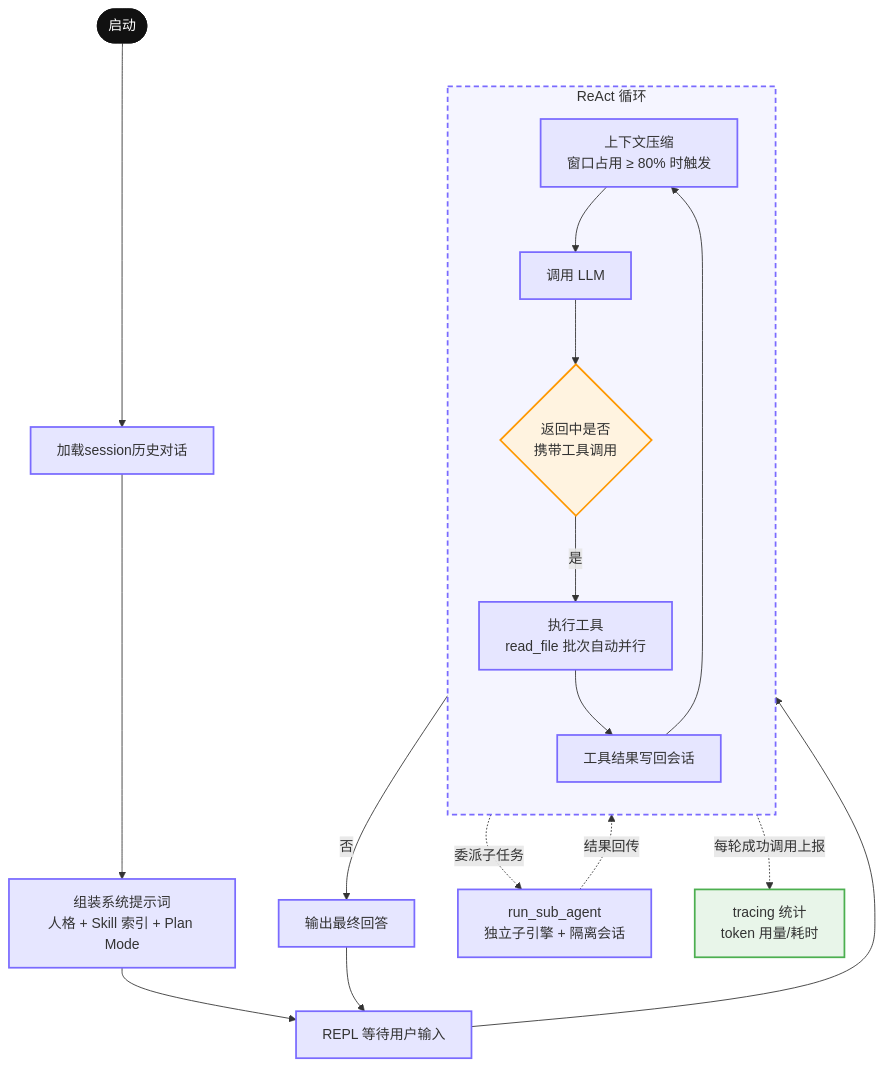
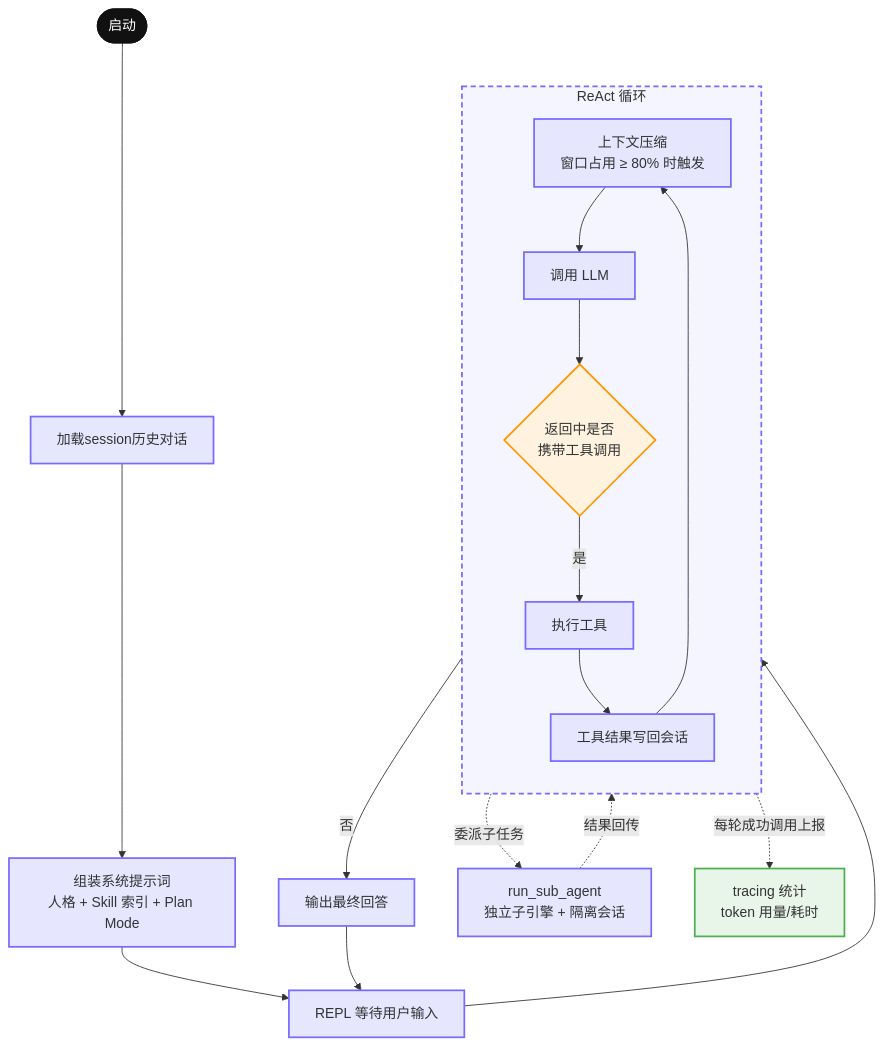
The diagram in README.md (mikellxy/laxcode-cli), drawn with Mermaid before and after one commit. The commit also changed other lines of this file and 55 other files, not shown here.

````diff
--- a/README.md
+++ b/README.md
@@ -212,33 +225,33 @@
 ```mermaid
 flowchart TD
     start([启动]) --> load["加载session历史对话"]
     load --> sys["组装系统提示词<br/>人格 + Skill 索引 + Plan Mode"]
     sys --> repl["REPL 等待用户输入"]
 
     repl --> loop
     subgraph loop["ReAct 循环"]
         direction TB
         compact["上下文压缩<br/>窗口占用 ≥ 80% 时触发"] --> gen["调用 LLM"]
         gen --> judge{"返回中是否<br/>携带工具调用"}
-        judge -->|"是"| exec["执行工具<br/>read_file 批次自动并行"]
+        judge -->|"是"| exec["执行工具"]
         exec --> writeback["工具结果写回会话"]
         writeback --> compact
     end
 
     judge -->|"否"| answer["输出最终回答"]
     answer --> repl
 
     exec -. 委派子任务 .-> sub["run_sub_agent<br/>独立子引擎 + 隔离会话"]
     sub -. 结果回传 .-> writeback
 
     gen -. 每轮成功调用上报 .-> obs["tracing 统计<br/>token 用量/耗时"]
 
     classDef proc fill:#E6E6FF,stroke:#7A6BFF,stroke-width:2px,color:#333
     classDef decision fill:#FFF3E0,stroke:#FF9800,stroke-width:2px,color:#333
     classDef obs fill:#E8F5E9,stroke:#4CAF50,stroke-width:2px,color:#333
     class load,sys,repl,compact,gen,exec,writeback,answer,sub proc
     class judge decision
     class obs obs
     style start fill:#111,stroke:#111,color:#fff
     style loop fill:#F5F5FF,stroke:#7A6BFF,stroke-width:2px,stroke-dasharray:6 4
 ```
````
